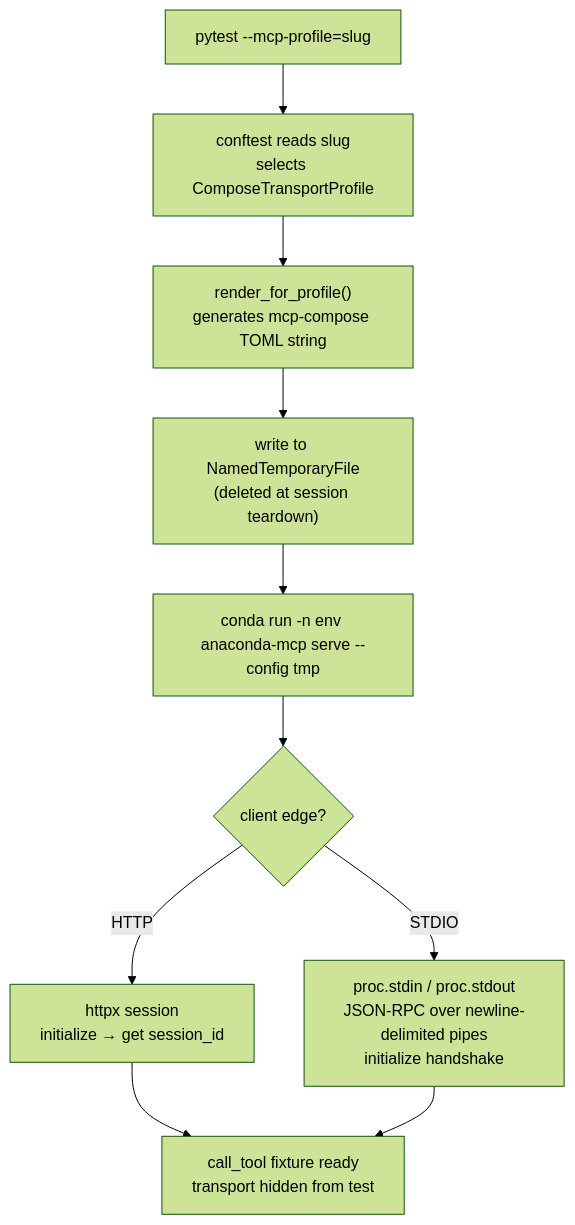
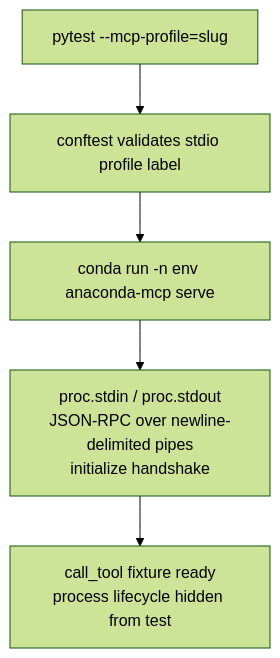
The first of 2 diagrams in tests/qa/mcp_tools/_docs/test_design.md (anaconda/anaconda-mcp), drawn with Mermaid (forest theme) before and after one commit. The commit also changed other lines of this file and 53 other files, not shown here.

````diff
--- a/tests/qa/mcp_tools/_docs/test_design.md
+++ b/tests/qa/mcp_tools/_docs/test_design.md
@@ -17,12 +17,7 @@
 ```mermaid
 flowchart TD
-  A["pytest --mcp-profile=slug"] --> B["conftest reads slug<br/>selects ComposeTransportProfile"]
-  B --> C["render_for_profile()<br/>generates mcp-compose TOML string"]
-  C --> D["write to NamedTemporaryFile<br/>(deleted at session teardown)"]
-  D --> E["conda run -n env anaconda-mcp serve --config tmp"]
-  E --> F{client edge?}
-  F -->|HTTP| G["httpx session<br/>initialize → get session_id"]
-  F -->|STDIO| H["proc.stdin / proc.stdout<br/>JSON-RPC over newline-delimited pipes<br/>initialize handshake"]
-  G --> I["call_tool fixture ready<br/>transport hidden from test"]
-  H --> I
+  A["pytest --mcp-profile=slug"] --> B["conftest validates stdio profile label"]
+  B --> C["conda run -n env anaconda-mcp serve"]
+  C --> D["proc.stdin / proc.stdout<br/>JSON-RPC over newline-delimited pipes<br/>initialize handshake"]
+  D --> E["call_tool fixture ready<br/>process lifecycle hidden from test"]
 ```
````
